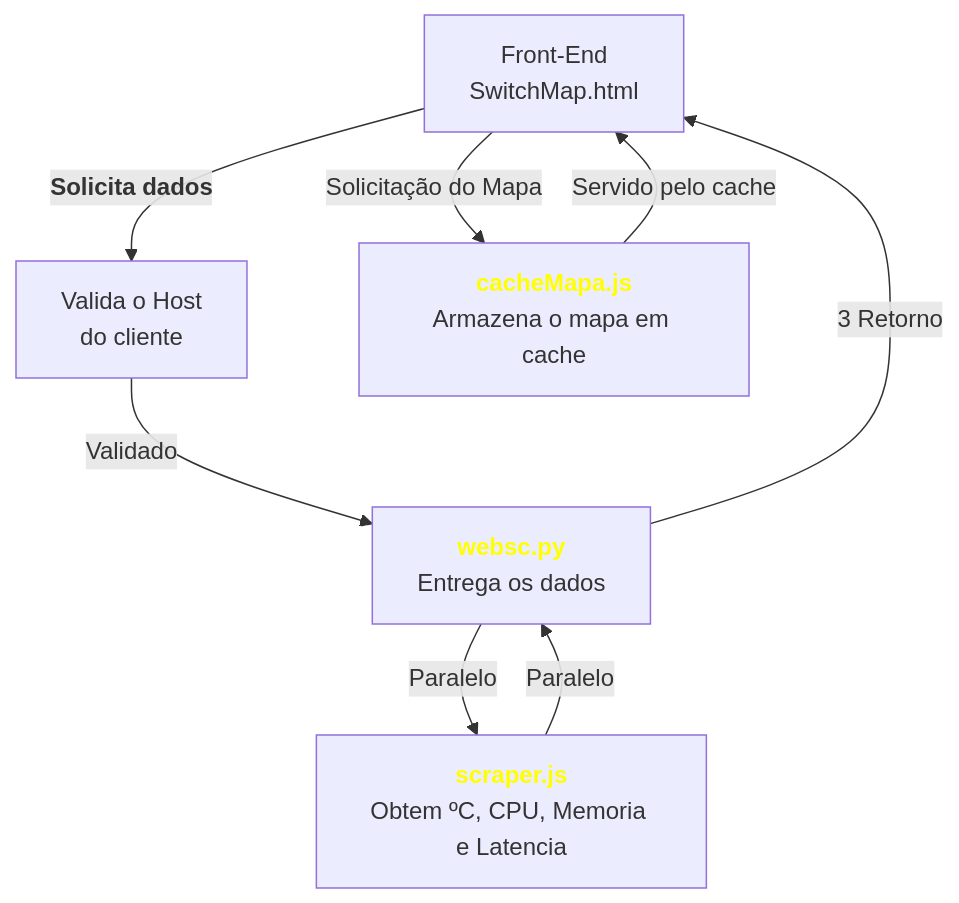
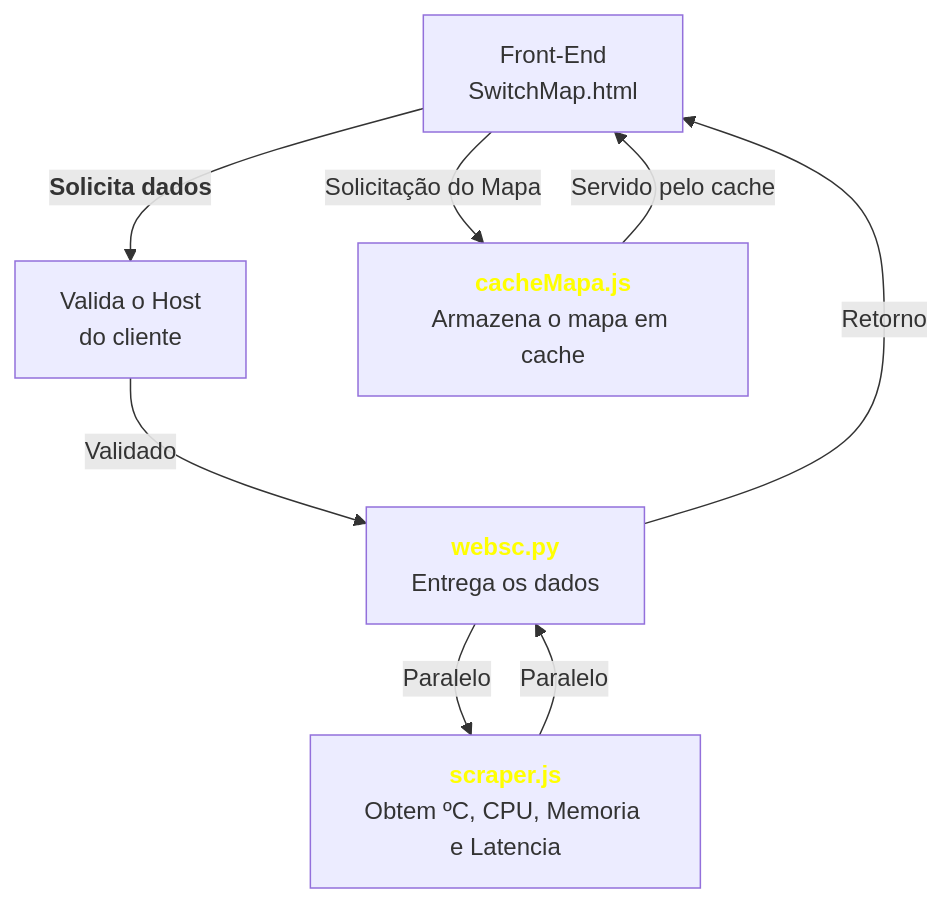
Before and after one commit to pedr-moura/SwitchMap-2-dev: the diagram in readme.md, drawn with Mermaid.

````diff
--- a/readme.md
+++ b/readme.md
@@ -22,11 +22,11 @@
 ```mermaid
 graph TD
     B[Front-End<br>SwitchMap.html] -->| <b>Solicita dados</b> | C[Valida o Host<br>do cliente]
     C --> | Validado | D[<b style="color:yellow;">websc.py</b><br>Entrega os dados]
     D --> | Paralelo | E[<b style="color:yellow;">scraper.js</b><br>Obtem ºC, CPU, Memoria e Latencia]
     E --> | Paralelo | D
-    D --> | 3 Retorno | B
+    D --> | Retorno | B
     B --> | Solicitação do Mapa | A[<b style="color:yellow;">cacheMapa.js</b><br>Armazena o mapa em cache]
     A --> | Servido pelo cache | B
     
 ```
````
